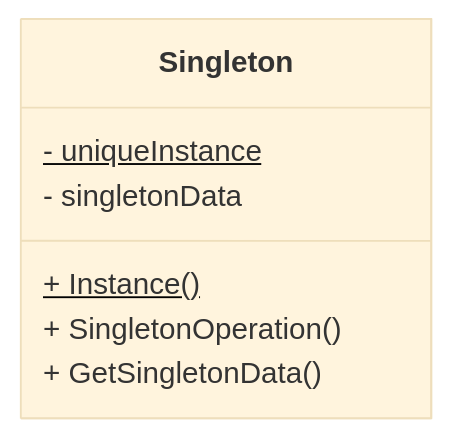
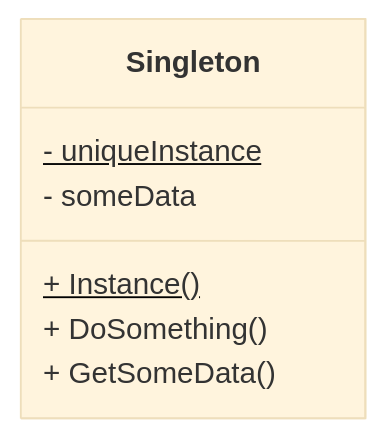
Before and after one commit to nachiketa3299/RUB: the diagram in content/dev/dp-singleton/index.md, drawn with Mermaid (base theme). The commit also changed other lines of this file and 5 other files, not shown here.

````diff
--- a/content/dev/dp-singleton/index.md
+++ b/content/dev/dp-singleton/index.md
@@ -38,11 +23,13 @@
 ```mermaid
 classDiagram
     class Singleton {
         + Instance()$
-        + SingletonOperation()
-        + GetSingletonData()
+
+        + DoSomething()
+        + GetSomeData()
 
         - uniqueInstance$
-        - singletonData
+
+        - someData
     }
 ```
````
